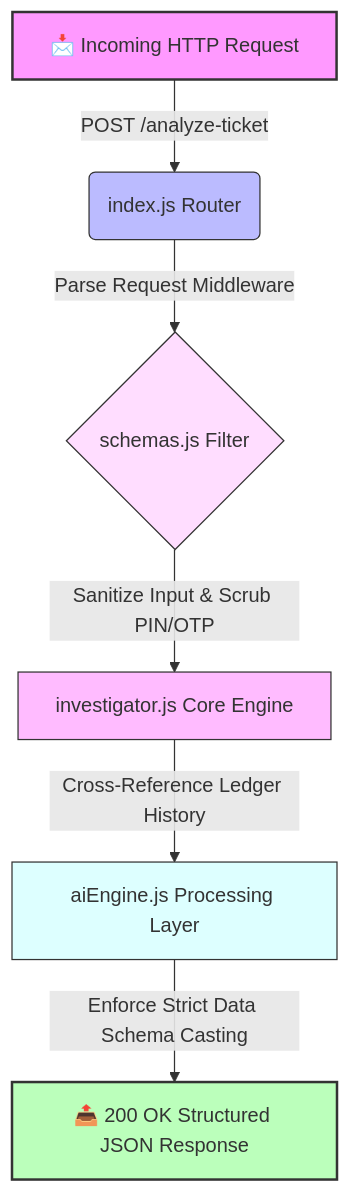
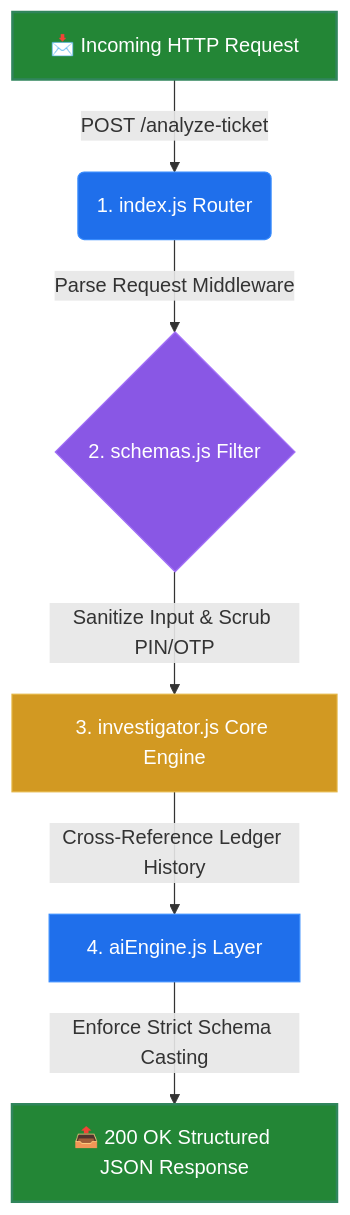
One commit to Zishan-125/queuestorm-investigator changed the diagram in README.md. Above: the diagram before and after it, drawn with Mermaid. The commit also changed other lines of this file, not shown here.

Commit message:
Revise system execution flow in README
Updated the system execution flow diagram for clarity and improved styling.

````diff
--- a/README.md
+++ b/README.md
@@ -19,15 +19,15 @@
 ```mermaid
 graph TD
-    A[📩 Incoming HTTP Request] -->|POST /analyze-ticket| B(index.js Router)
-    B -->|Parse Request Middleware| C{schemas.js Filter}
-    C -->|Sanitize Input & Scrub PIN/OTP| D[investigator.js Core Engine]
-    D -->|Cross-Reference Ledger History| E[aiEngine.js Processing Layer]
-    E -->|Enforce Strict Data Schema Casting| F[📤 200 OK Structured JSON Response]
+    A[📩 Incoming HTTP Request] -->|POST /analyze-ticket| B(1. index.js Router)
+    B -->|Parse Request Middleware| C{2. schemas.js Filter}
+    C -->|Sanitize Input & Scrub PIN/OTP| D[3. investigator.js Core Engine]
+    D -->|Cross-Reference Ledger History| E[4. aiEngine.js Layer]
+    E -->|Enforce Strict Schema Casting| F[📤 200 OK Structured JSON Response]
 
-    style A fill:#f9f,stroke:#333,stroke-width:2px
-    style B fill:#bbf,stroke:#333,stroke-width:1px
-    style C fill:#fdf,stroke:#333,stroke-width:1px
-    style D fill:#fbf,stroke:#333,stroke-width:1px
-    style E fill:#dff,stroke:#333,stroke-width:1px
-    style F fill:#bfb,stroke:#333,stroke-width:2px
+    style A fill:#238636,stroke:#30855c,stroke-width:2px,color:#fff
+    style B fill:#1f6feb,stroke:#388bfd,stroke-width:1px,color:#fff
+    style C fill:#8957e5,stroke:#a371f7,stroke-width:1px,color:#fff
+    style D fill:#d29922,stroke:#e3b341,stroke-width:1px,color:#fff
+    style E fill:#1f6feb,stroke:#388bfd,stroke-width:1px,color:#fff
+    style F fill:#238636,stroke:#30855c,stroke-width:2px,color:#fff
 ```
````
